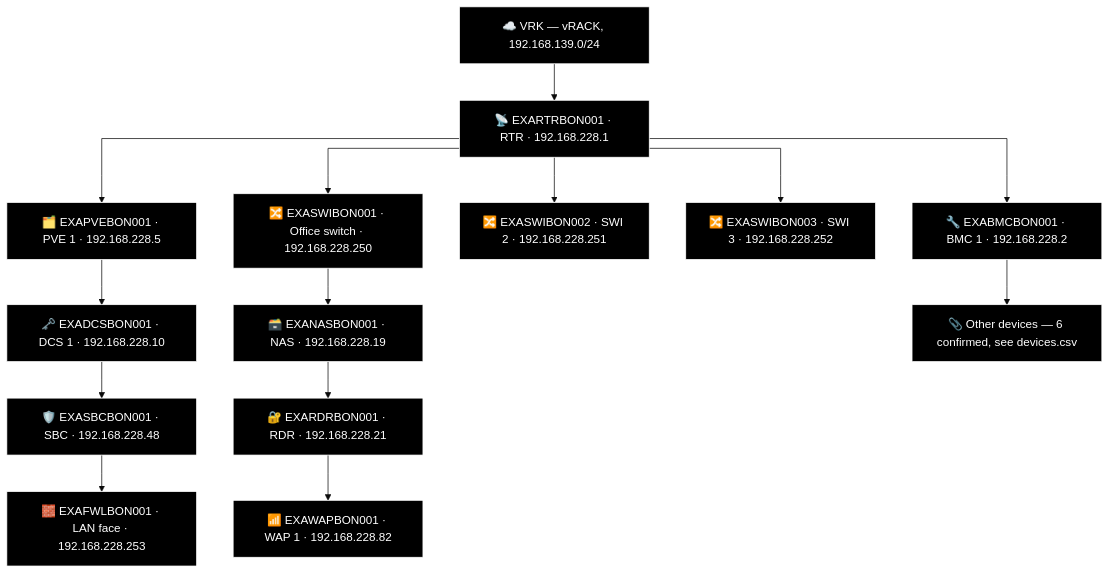
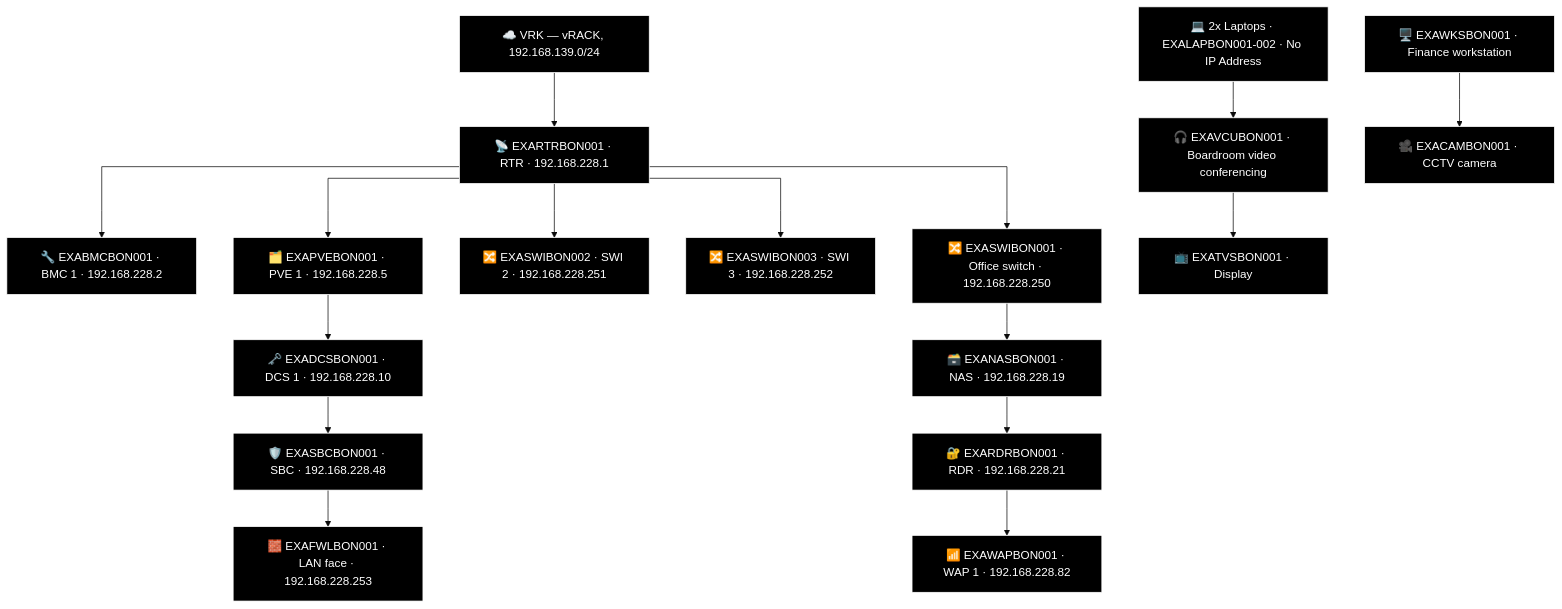
One commit to knightmare2600/example_music_infra changed the second of 10 diagrams in docs/network-diagram/deutschland.md. Above: the diagram before and after it, drawn with Mermaid (base theme). The commit also changed other lines of this file and 8 other files, not shown here.

First line of the commit message:
generate_network_diagrams.py: port FAL's two-column "Other" bucket into the generator

````diff
--- a/docs/network-diagram/deutschland.md
+++ b/docs/network-diagram/deutschland.md
@@ -51,43 +51,52 @@
 ```mermaid
 %% GENERATED:TOPOLOGY:BON:START
 %%{init: {'flowchart': {'curve': 'stepAfter'}}}%%
 graph TD
     T_VRK["☁️ VRK — vRACK, 192.168.139.0/24"]
     T_RTR["📡 EXARTRBON001 · RTR · 192.168.228.1"]
     T_VRK --> T_RTR
     T_BMC["🔧 EXABMCBON001 · BMC 1 · 192.168.228.2"]
     T_RTR --> T_BMC
     T_PVE["🗂️ EXAPVEBON001 · PVE 1 · 192.168.228.5"]
     T_RTR --> T_PVE
     T_SWI["🔀 EXASWIBON002 · SWI 2 · 192.168.228.251"]
     T_RTR --> T_SWI
     T_SWI2["🔀 EXASWIBON003 · SWI 3 · 192.168.228.252"]
     T_RTR --> T_SWI2
     T_SWI3["🔀 EXASWIBON001 · Office switch · 192.168.228.250"]
     T_RTR --> T_SWI3
     T_NAS["🗃️ EXANASBON001 · NAS · 192.168.228.19"]
     T_RDR["🔐 EXARDRBON001 · RDR · 192.168.228.21"]
     T_WAP["📶 EXAWAPBON001 · WAP 1 · 192.168.228.82"]
     T_SWI3 --> T_NAS --> T_RDR --> T_WAP
     T_DCS["🗝️ EXADCSBON001 · DCS 1 · 192.168.228.10"]
     T_SBC["🛡️ EXASBCBON001 · SBC · 192.168.228.48"]
     T_FWL["🧱 EXAFWLBON001 · LAN face · 192.168.228.253"]
     T_PVE --> T_DCS --> T_SBC --> T_FWL
-    T_OTHER["📎 Other devices — 6 confirmed, see devices.csv"]
-    T_BMC --> T_OTHER
+    T_OTH_LAP["💻 2x Laptops · EXALAPBON001-002 · No IP Address"]
+    T_WKS["🖥️ EXAWKSBON001 · Finance workstation"]
+    T_VCU["🎧 EXAVCUBON001 · Boardroom video conferencing"]
+    T_CAM["🎥 EXACAMBON001 · CCTV camera"]
+    T_TVS["📺 EXATVSBON001 · Display"]
+    T_OTH_LAP --> T_VCU --> T_TVS
+    T_WKS --> T_CAM
     style T_VRK fill:#000000,stroke:#FFFFFF,color:#FFFFFF
     style T_RTR fill:#000000,stroke:#FFFFFF,color:#FFFFFF
     style T_BMC fill:#000000,stroke:#FFFFFF,color:#FFFFFF
     style T_PVE fill:#000000,stroke:#FFFFFF,color:#FFFFFF
     style T_SWI fill:#000000,stroke:#FFFFFF,color:#FFFFFF
     style T_SWI2 fill:#000000,stroke:#FFFFFF,color:#FFFFFF
     style T_SWI3 fill:#000000,stroke:#FFFFFF,color:#FFFFFF
     style T_NAS fill:#000000,stroke:#FFFFFF,color:#FFFFFF
     style T_RDR fill:#000000,stroke:#FFFFFF,color:#FFFFFF
     style T_WAP fill:#000000,stroke:#FFFFFF,color:#FFFFFF
     style T_DCS fill:#000000,stroke:#FFFFFF,color:#FFFFFF
     style T_SBC fill:#000000,stroke:#FFFFFF,color:#FFFFFF
     style T_FWL fill:#000000,stroke:#FFFFFF,color:#FFFFFF
-    style T_OTHER fill:#000000,stroke:#FFFFFF,color:#FFFFFF
+    style T_OTH_LAP fill:#000000,stroke:#FFFFFF,color:#FFFFFF
+    style T_WKS fill:#000000,stroke:#FFFFFF,color:#FFFFFF
+    style T_VCU fill:#000000,stroke:#FFFFFF,color:#FFFFFF
+    style T_CAM fill:#000000,stroke:#FFFFFF,color:#FFFFFF
+    style T_TVS fill:#000000,stroke:#FFFFFF,color:#FFFFFF
 %% GENERATED:TOPOLOGY:BON:END
 ```
````
